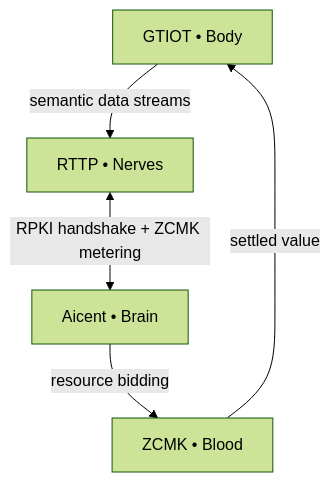
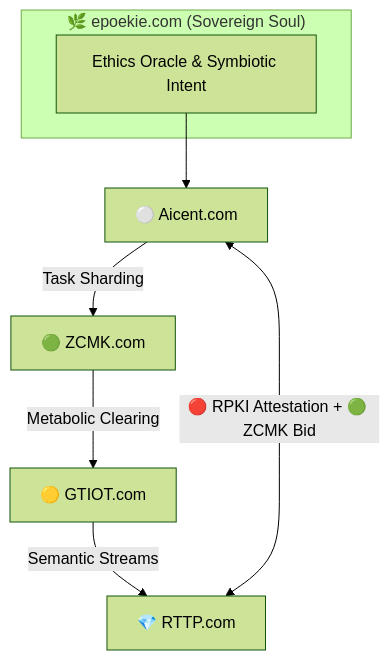
Before and after one commit to Aicent-Stack/manifesto: the diagram in README.md, drawn with Mermaid (forest theme). The commit also changed other lines of this file, not shown here.

````diff
--- a/README.md
+++ b/README.md
@@ -112,7 +65,12 @@
 ```mermaid
 graph TD
-    G[GTIOT • Body] -->|semantic data streams| R[RTTP • Nerves]
-    R <-->|RPKI handshake + ZCMK metering| A[Aicent • Brain]
-    A -->|resource bidding| Z[ZCMK • Blood]
-    Z -->|settled value| G
+    subgraph "🌿 epoekie.com (Sovereign Soul)"
+        S[Ethics Oracle & Symbiotic Intent]
+    end
+
+    S --> A[⚪ Aicent.com]
+    G[🟡 GTIOT.com] -->|Semantic Streams| R[💎 RTTP.com]
+    R <-->|🔴 RPKI Attestation + 🟢 ZCMK Bid| A
+    A -->|Task Sharding| Z[🟢 ZCMK.com]
+    Z -->|Metabolic Clearing| G
 ```
````
